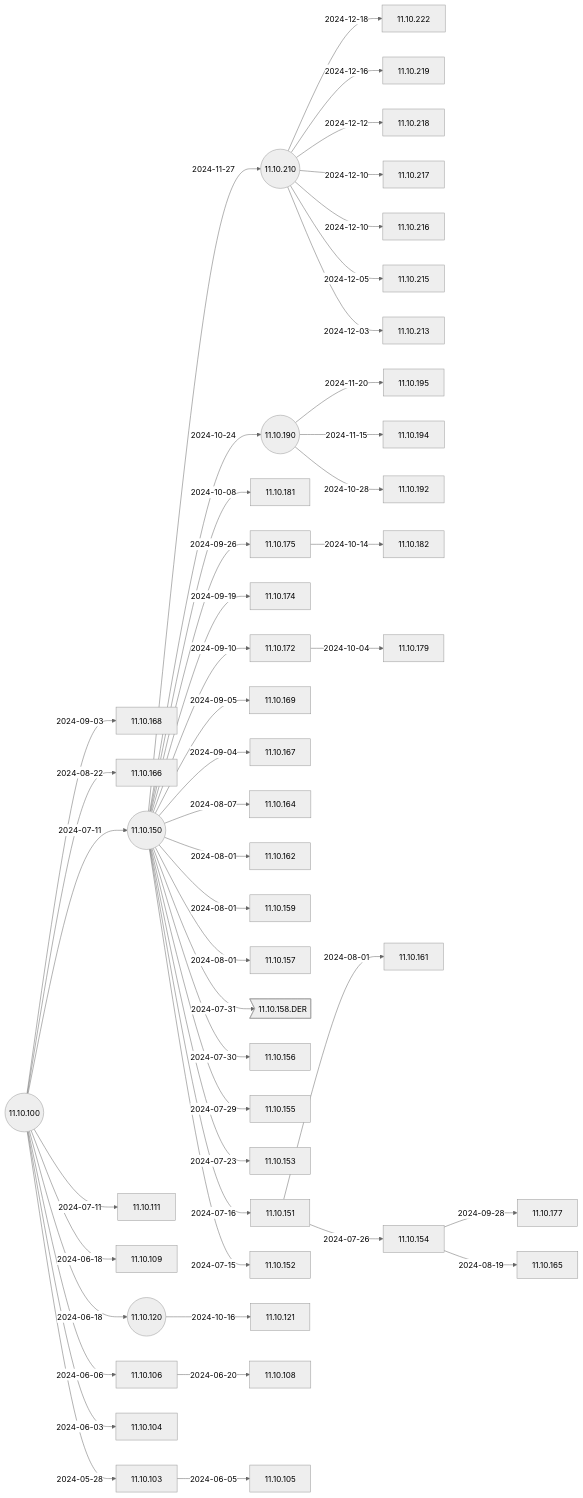
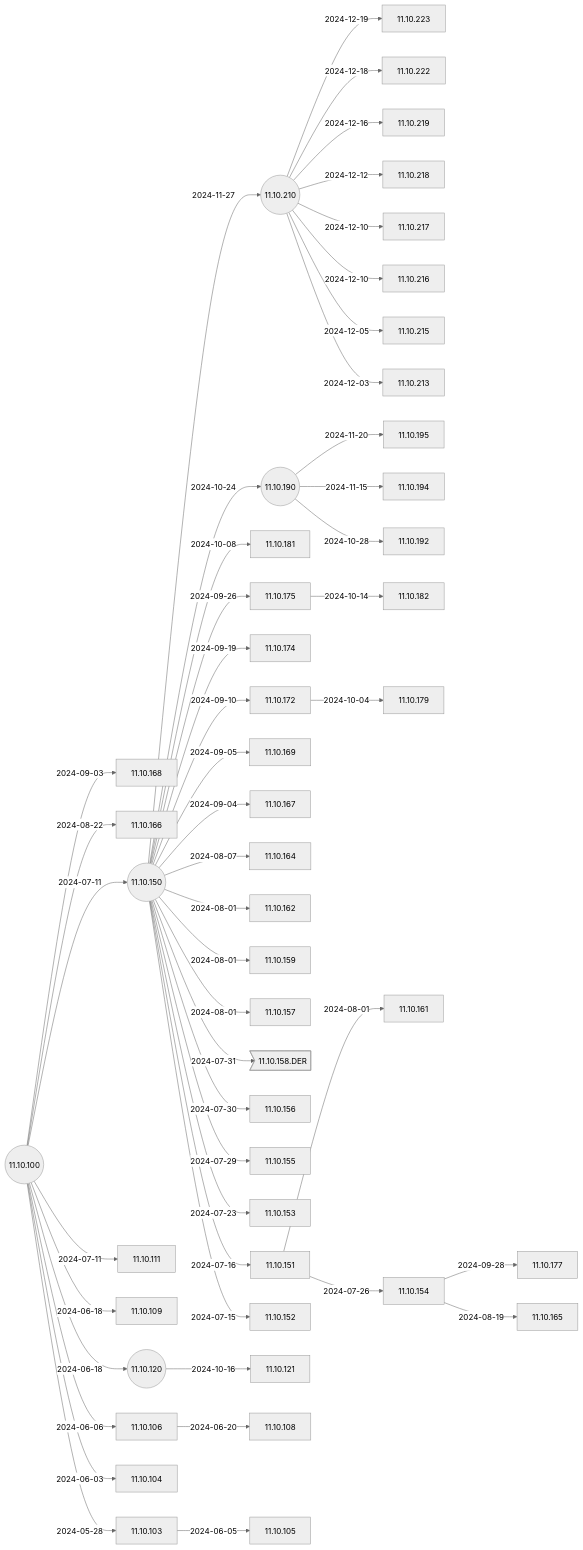
The second of 6 diagrams in docs/Docs/ReleaseNotes/01-OS11/README.md (IGEL-Community/IGEL-Docs-v02), drawn with Mermaid (neutral theme) before and after one commit. The commit also changed 2 other files, not shown here.

Commit message:
11.10.223 < 11.10.210 11.10.223 < 11.10.210

````diff
--- a/docs/Docs/ReleaseNotes/01-OS11/README.md
+++ b/docs/Docs/ReleaseNotes/01-OS11/README.md
@@ -41,5 +41,6 @@
 ```mermaid
 flowchart LR
+    11.10.210-- 2024-12-19 -->11.10.223
     11.10.210-- 2024-12-18 -->11.10.222
     11.10.210-- 2024-12-16 -->11.10.219
     11.10.210-- 2024-12-12 -->11.10.218
@@ -87,6 +88,7 @@
     11.10.100-- 2024-06-03 -->11.10.104
     11.10.100-- 2024-05-28 -->11.10.103
     11.10.100((11.10.100))
+    click 11.10.223 "https://github.com/IGEL-Community/IGEL-Docs-v02/tree/main/docs/Docs/ReleaseNotes/01-OS11/readme11.10.223.txt" _blank
     click 11.10.222 "https://github.com/IGEL-Community/IGEL-Docs-v02/tree/main/docs/Docs/ReleaseNotes/01-OS11/readme11.10.222.txt" _blank
     click 11.10.219 "https://github.com/IGEL-Community/IGEL-Docs-v02/tree/main/docs/Docs/ReleaseNotes/01-OS11/readme11.10.219.txt" _blank
     click 11.10.218 "https://github.com/IGEL-Community/IGEL-Docs-v02/tree/main/docs/Docs/ReleaseNotes/01-OS11/readme11.10.218.txt" _blank
````
